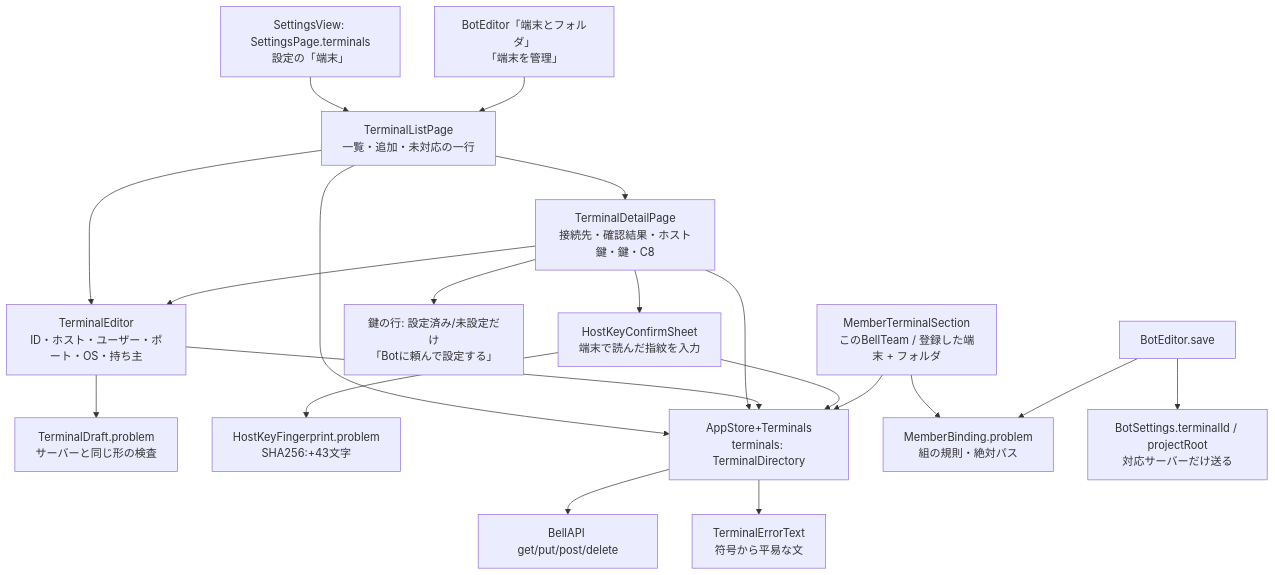
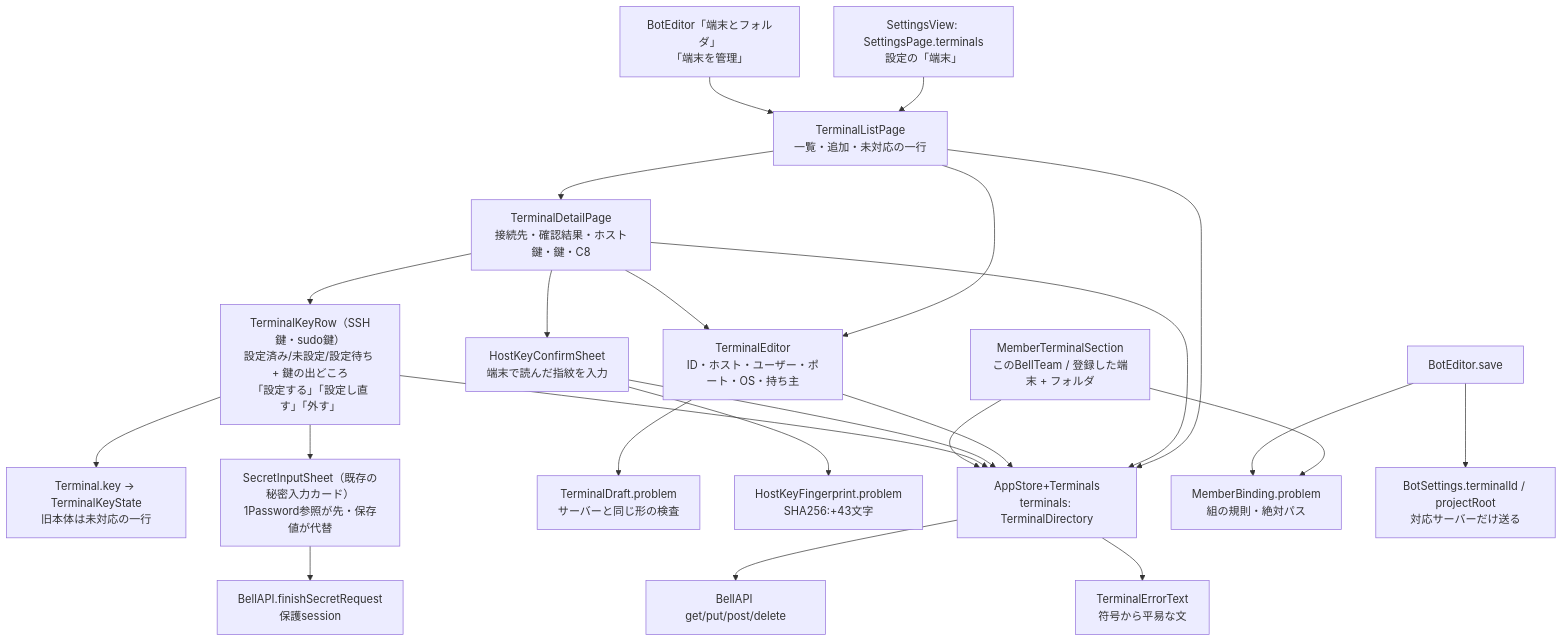
The first of 3 diagrams in docs/architecture/modules/apple/terminals.md (kitepon/BellTeam), drawn with Mermaid before and after one commit. The commit also changed other lines of this file and 15 other files, not shown here.

First line of the commit message:
Apple: set and remove terminal keys through the secret card, 1Password first

````diff
--- a/docs/architecture/modules/apple/terminals.md
+++ b/docs/architecture/modules/apple/terminals.md
@@ -9,22 +9,26 @@
 ```mermaid
 flowchart TD
   SettingsRow["SettingsView: SettingsPage.terminals<br/>設定の「端末」"] --> List["TerminalListPage<br/>一覧・追加・未対応の一行"]
   EditorLink["BotEditor「端末とフォルダ」<br/>「端末を管理」"] --> List
   List --> Detail["TerminalDetailPage<br/>接続先・確認結果・ホスト鍵・鍵・C8"]
   List --> Form["TerminalEditor<br/>ID・ホスト・ユーザー・ポート・OS・持ち主"]
   Detail --> Form
   Detail --> HostKey["HostKeyConfirmSheet<br/>端末で読んだ指紋を入力"]
-  Detail --> Keys["鍵の行: 設定済み/未設定だけ<br/>「Botに頼んで設定する」"]
+  Detail --> Keys["TerminalKeyRow（SSH鍵・sudo鍵）<br/>設定済み/未設定/設定待ち + 鍵の出どころ<br/>「設定する」「設定し直す」「外す」"]
+  Keys --> KeyState["Terminal.key → TerminalKeyState<br/>旧本体は未対応の一行"]
+  Keys --> Card["SecretInputSheet（既存の秘密入力カード）<br/>1Password参照が先・保存値が代替"]
+  Card --> SecretAPI["BellAPI.finishSecretRequest<br/>保護session"]
   Form --> Rules["TerminalDraft.problem<br/>サーバーと同じ形の検査"]
   HostKey --> FP["HostKeyFingerprint.problem<br/>SHA256:+43文字"]
   Store["AppStore+Terminals<br/>terminals: TerminalDirectory"] --> API["BellAPI get/put/post/delete"]
   List --> Store
   Detail --> Store
   Form --> Store
   HostKey --> Store
+  Keys --> Store
   Section["MemberTerminalSection<br/>このBellTeam / 登録した端末 + フォルダ"] --> Store
   Section --> Pair["MemberBinding.problem<br/>組の規則・絶対パス"]
   BotEditor["BotEditor.save"] --> Pair
   BotEditor --> Members["BotSettings.terminalId / projectRoot<br/>対応サーバーだけ送る"]
   Store --> Errors["TerminalErrorText<br/>符号から平易な文"]
 ```
````
